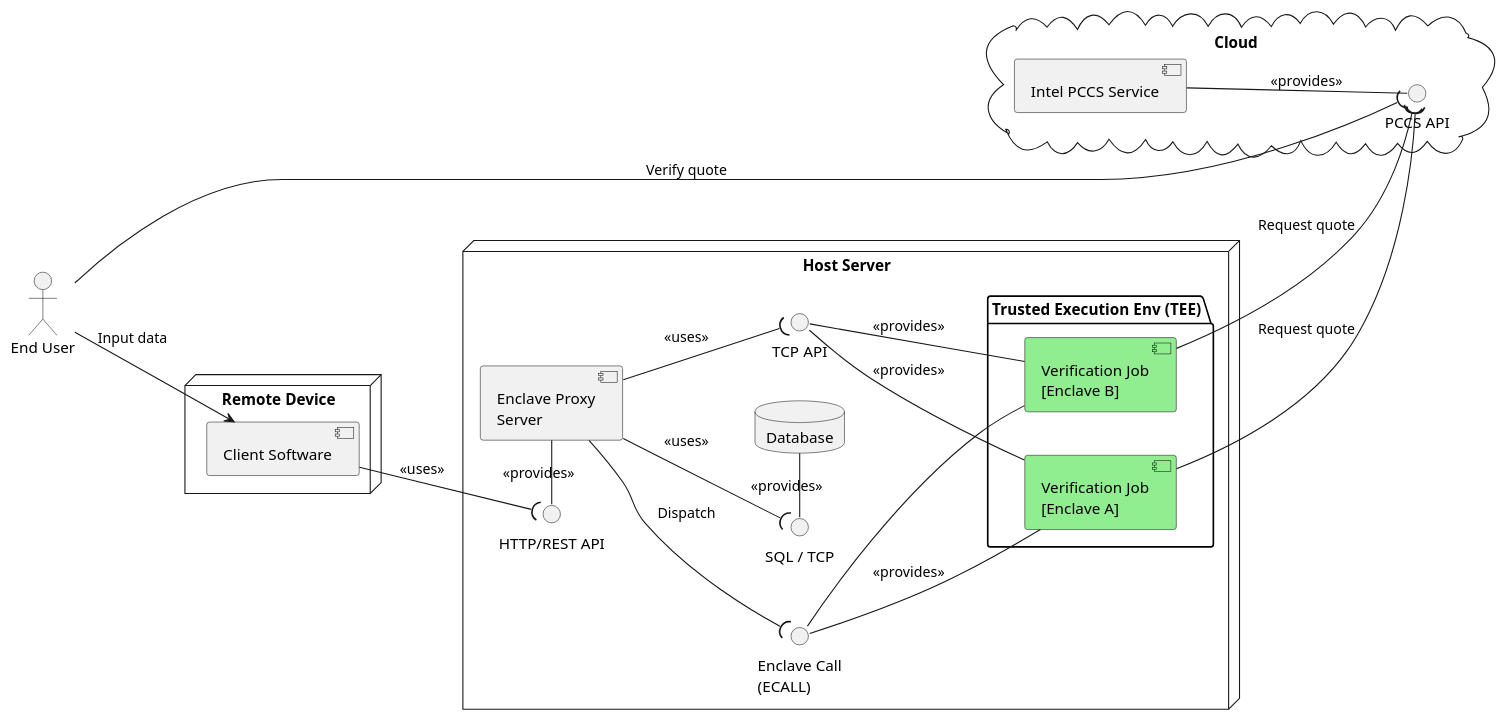
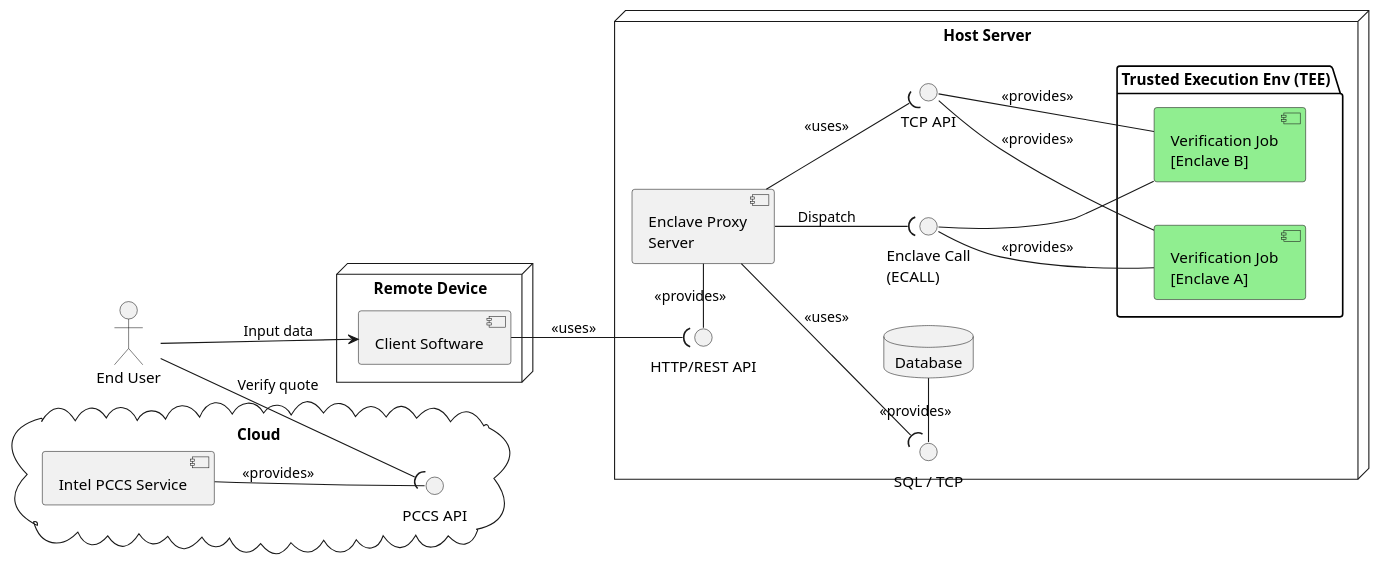
Before and after one commit to Breinich/CMCaaS: the diagram in doc/architecture.puml, drawn with PlantUML.

Commit message:
update architecture diagram

```diff
--- a/doc/architecture.puml
+++ b/doc/architecture.puml
@@ -1,59 +1,56 @@
 @startuml
 left to right direction
 skinparam nodesep 40
 skinparam ranksep 40
 
 cloud "Cloud" as cloud{
     component "Intel PCCS Service" as pccs_service
     interface "PCCS API" as pccs_api
 }
 
 actor "End User" as user
 
 node "Remote Device" {
     component "Client Software" as client_app
 }
 
 node "Host Server" {
 
     component "Enclave Proxy\nServer" as proxy
 
     database "Database" as db
 
     package "Trusted Execution Env (TEE)" {
         component "Verification Job\n[Enclave A]" as enclave1 #LightGreen
         component "Verification Job\n[Enclave B]" as enclave2 #LightGreen
     }
 
     ' -- Interfaces Definitions --
 
     interface "HTTP/REST API" as http_int
     interface "SQL / TCP" as db_int
     interface "Enclave Call\n(ECALL)" as enclave_int
     interface "TCP API" as tcp_api
 }
 
 ' --- Relationships ---
 
 user --> client_app : Input data
 user --( pccs_api : Verify quote
 pccs_service -- pccs_api : <<provides>>
 
 http_int - proxy : <<provides>>
 client_app --( http_int : <<uses>>
 
 db_int - db : <<provides>>
 proxy --( db_int : <<uses>>
 
 enclave_int -- enclave1 : <<provides>>
 tcp_api -- enclave1 : <<provides>>
 enclave_int -- enclave2
 tcp_api -- enclave2 : <<provides>>
 
-enclave1 --( pccs_api : Request quote
-enclave2 --( pccs_api : Request quote
-
 proxy --( enclave_int : Dispatch
 proxy --( tcp_api : <<uses>>
 
 @enduml
```
